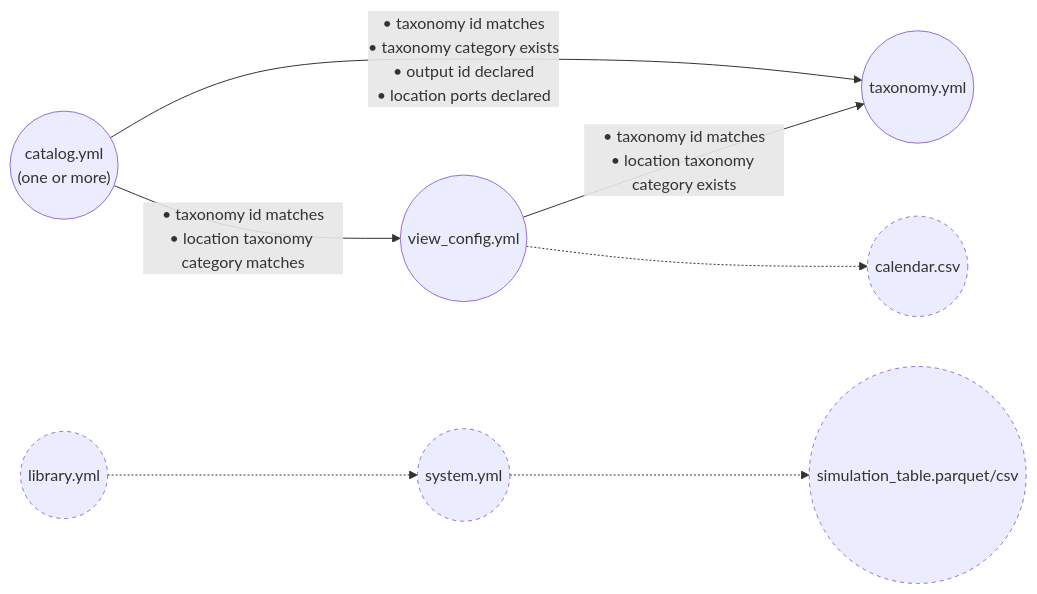
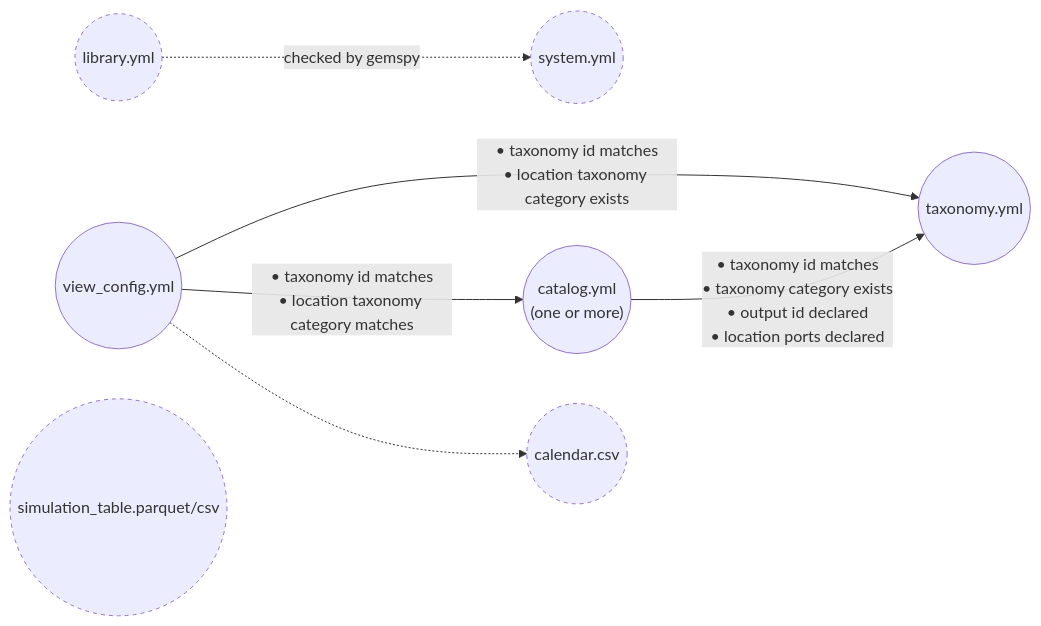
The diagram in docs/input_validation_diagram.md (AntaresSimulatorTeam/GEMS-ViewsBuilder), drawn with Mermaid before and after one commit.

Commit message:
refactor(input validation diagram): update edge connections and enhance annotations
- Revised the input validation diagram to correct edge connections between nodes, ensuring accurate representation of validation relationships.
- Enhanced annotations for the library node to clarify its role in the validation process.
- Maintained overall diagram structure while improving clarity and understanding of the validation flow.

````diff
--- a/docs/input_validation_diagram.md
+++ b/docs/input_validation_diagram.md
@@ -6,21 +6,20 @@
 ```mermaid
 graph LR
     catalog(("catalog.yml<br/>(one or more)"))
     taxonomy(("taxonomy.yml"))
     view_config(("view_config.yml"))
     library(("library.yml"))
     system(("system.yml"))
     simulation_table(("simulation_table.parquet/csv"))
     calendar(("calendar.csv"))
 
     catalog -- "• taxonomy id matches<br/>• taxonomy category exists<br/>• output id declared<br/>• location ports declared" --> taxonomy
     view_config -- "• taxonomy id matches<br/>• location taxonomy category exists" --> taxonomy
-    catalog -- "• taxonomy id matches<br/>• location taxonomy category matches" --> view_config
+    view_config -- "• taxonomy id matches<br/>• location taxonomy category matches" --> catalog
 
-    library -.-> system
-    system -.-> simulation_table
+    library -. "checked by gemspy" .-> system
     view_config -.-> calendar
 
     classDef unvalidated stroke-dasharray: 4 4;
     class library,system,simulation_table,calendar unvalidated;
 ```
````
